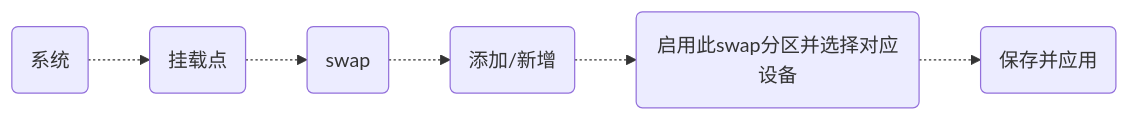
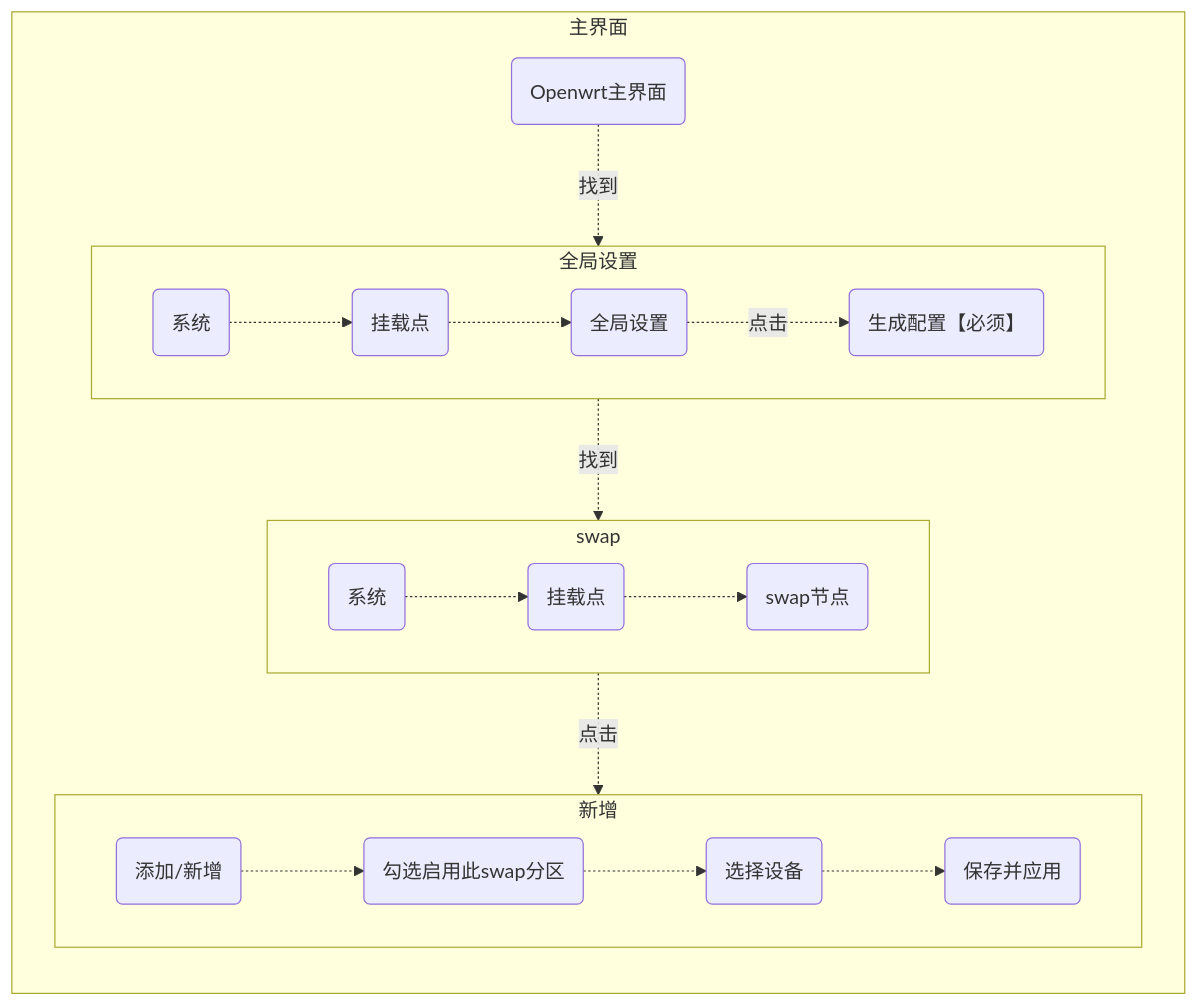
Before and after one commit to qingzhiku/MicroService: the sixth of 16 diagrams in The configuration of ikuai+openwrt install in pve for Primary and secondary soft routing.md, drawn with Mermaid. The commit also changed other lines of this file, not shown here.

````diff
--- a/The configuration of ikuai+openwrt install in pve for Primary and secondary soft routing.md
+++ b/The configuration of ikuai+openwrt install in pve for Primary and secondary soft routing.md
@@ -466,9 +469,32 @@
 ```mermaid
-graph LR 
-1(系统) -.->
-2(挂载点) -.->
-3(swap)-.->
-4(添加/新增)-.->
-5(启用此swap分区并选择对应设备)-.->
-6(保存并应用)
+flowchart
+subgraph 主界面
+direction TB
+0(Openwrt主界面)
+
+    subgraph 全局设置
+        direction LR
+        1(系统) -.->
+        2(挂载点) -.->
+        3(全局设置)-.点击.->
+        4("生成配置【必须】")
+    end
+
+    subgraph swap
+        direction LR
+        6(系统) -.->
+        7(挂载点) -.->
+        8(swap节点)
+    end
+
+    subgraph 新增
+        direction LR
+        10(添加/新增)-.->
+        11(勾选启用此swap分区)-.->
+        12(选择设备)-.->
+        13(保存并应用)
+    end
+
+    0-.找到.->全局设置-.找到.->swap-.点击.->新增
+end
 ```  
````
